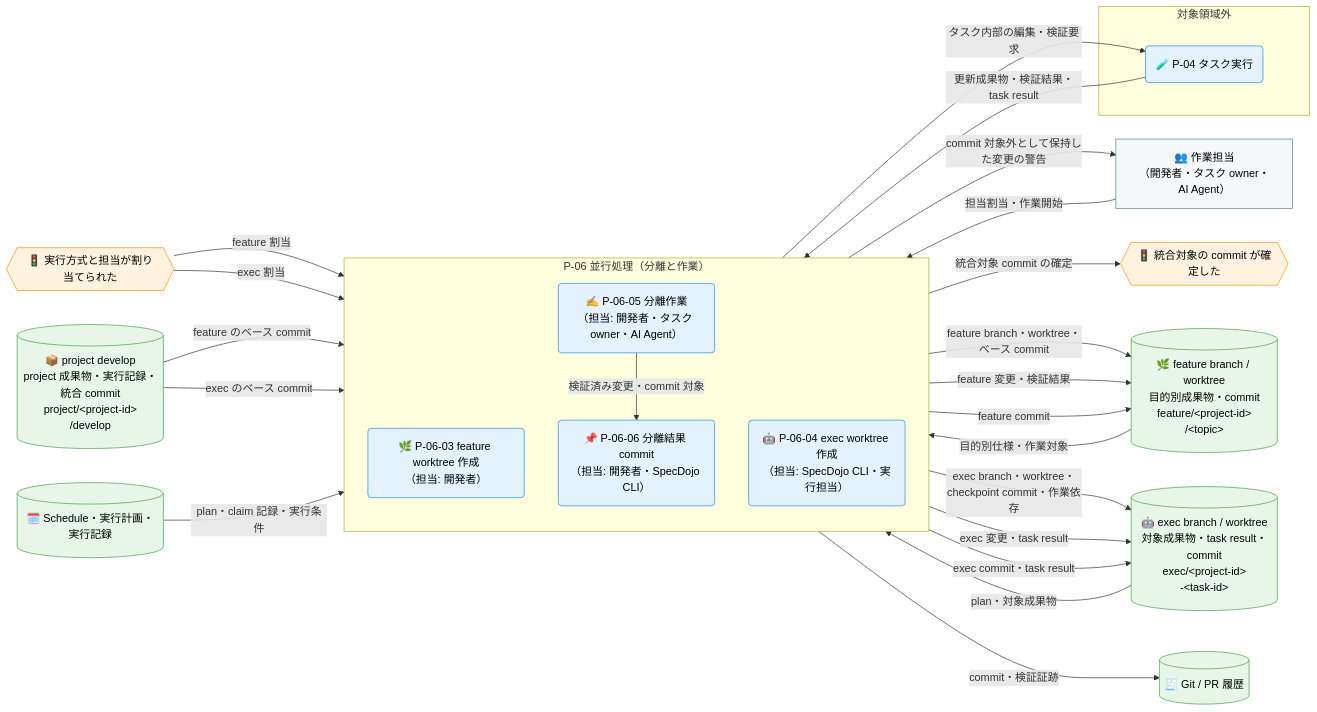
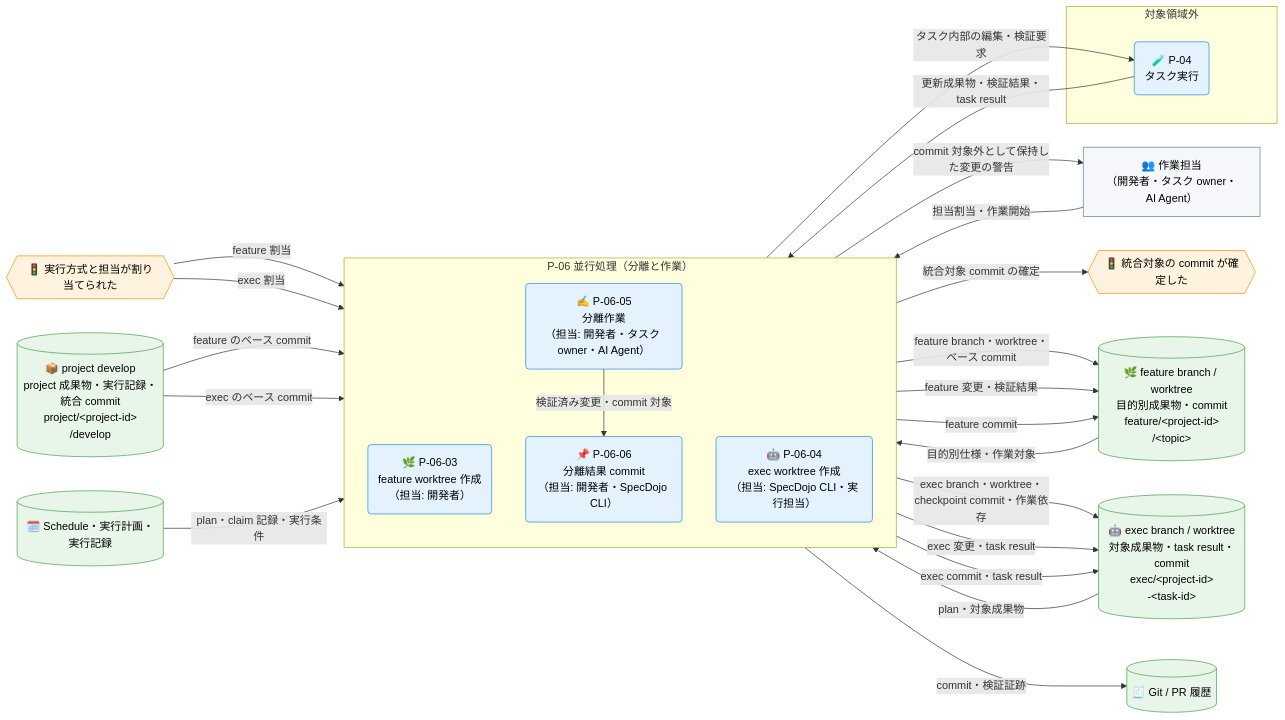
The second of 4 diagrams in docs/ja/product/010-business-specs/010-data-flow/cdfd-multi-project.md (specdojo/specdojo), drawn with Mermaid before and after one commit. The commit also changed other lines of this file and 7 other files, not shown here.

````diff
--- a/docs/ja/product/010-business-specs/010-data-flow/cdfd-multi-project.md
+++ b/docs/ja/product/010-business-specs/010-data-flow/cdfd-multi-project.md
@@ -111,59 +111,59 @@
 ```mermaid
 flowchart LR
   classDef process fill:#e3f2fd,stroke:#1e88e5,color:#000
   classDef event fill:#fff3e0,stroke:#fb8c00,color:#000
   classDef storeMaster fill:#c8e6c9,stroke:#2e7d32,color:#000
   classDef storeTransaction fill:#e8f5e9,stroke:#43a047,color:#000
   classDef actor fill:#f5f7fa,stroke:#607d8b,color:#000
 
   作業担当["👥 作業担当<br>（開発者・タスク owner・AI Agent）"]
 
   割当確定{{"🚦 実行方式と担当が割り当てられた"}}
   統合可能{{"🚦 統合対象の commit が確定した"}}
 
   subgraph 並行処理分離["P-06 並行処理（分離と作業）"]
     direction TB
-    featureWorktree作成("🌿 P-06-03 feature worktree 作成<br>（担当: 開発者）")
-    execWorktree作成("🤖 P-06-04 exec worktree 作成<br>（担当: SpecDojo CLI・実行担当）")
-    分離作業("✍️ P-06-05 分離作業<br>（担当: 開発者・タスク owner・AI Agent）")
-    分離結果Commit("📌 P-06-06 分離結果 commit<br>（担当: 開発者・SpecDojo CLI）")
+    featureWorktree作成("🌿 P-06-03<br>feature worktree 作成<br>（担当: 開発者）")
+    execWorktree作成("🤖 P-06-04<br>exec worktree 作成<br>（担当: SpecDojo CLI・実行担当）")
+    分離作業("✍️ P-06-05<br>分離作業<br>（担当: 開発者・タスク owner・AI Agent）")
+    分離結果Commit("📌 P-06-06<br>分離結果 commit<br>（担当: 開発者・SpecDojo CLI）")
   end
 
   projectDevelop[("📦 project develop<br>project 成果物・実行記録・統合 commit<br>project/&lt;project-id&gt;<br>/develop")]
   featureWorktree[("🌿 feature branch / worktree<br>目的別成果物・commit<br>feature/&lt;project-id&gt;<br>/&lt;topic&gt;")]
   execWorktree[("🤖 exec branch / worktree<br>対象成果物・task result・commit<br>exec/&lt;project-id&gt;<br>-&lt;task-id&gt;")]
   実行計画記録[("🗓️ Schedule・実行計画・実行記録")]
   GitPR履歴[("🧾 Git / PR 履歴")]
 
   subgraph 領域外分離["対象領域外"]
-    タスク実行("🧪 P-04 タスク実行")
+    タスク実行("🧪 P-04<br>タスク実行")
   end
 
   割当確定 -->|"feature 割当"| featureWorktree作成
   割当確定 -->|"exec 割当"| execWorktree作成
   projectDevelop -->|"feature のベース commit"| featureWorktree作成
   projectDevelop -->|"exec のベース commit"| execWorktree作成
   実行計画記録 -->|"plan・claim 記録・実行条件"| execWorktree作成
   featureWorktree作成 -->|"feature branch・worktree・ベース commit"| featureWorktree
   execWorktree作成 -->|"exec branch・worktree・checkpoint commit・作業依存"| execWorktree
 
   featureWorktree -->|"目的別仕様・作業対象"| 分離作業
   execWorktree -->|"plan・対象成果物"| 分離作業
   作業担当 -->|"担当割当・作業開始"| 分離作業
   分離作業 -->|"タスク内部の編集・検証要求"| タスク実行
   タスク実行 -->|"更新成果物・検証結果・task result"| 分離作業
   分離作業 -->|"feature 変更・検証結果"| featureWorktree
   分離作業 -->|"exec 変更・task result"| execWorktree
 
   分離作業 -->|"検証済み変更・commit 対象"| 分離結果Commit
   分離結果Commit -->|"feature commit"| featureWorktree
   分離結果Commit -->|"exec commit・task result"| execWorktree
   分離結果Commit -->|"commit・検証証跡"| GitPR履歴
   分離結果Commit -->|"commit 対象外として保持した変更の警告"| 作業担当
   分離結果Commit -->|"統合対象 commit の確定"| 統合可能
 
   class featureWorktree作成,execWorktree作成,分離作業,分離結果Commit,タスク実行 process
   class 割当確定,統合可能 event
   class projectDevelop,featureWorktree,execWorktree,実行計画記録,GitPR履歴 storeTransaction
   class 作業担当 actor
 ```
````
